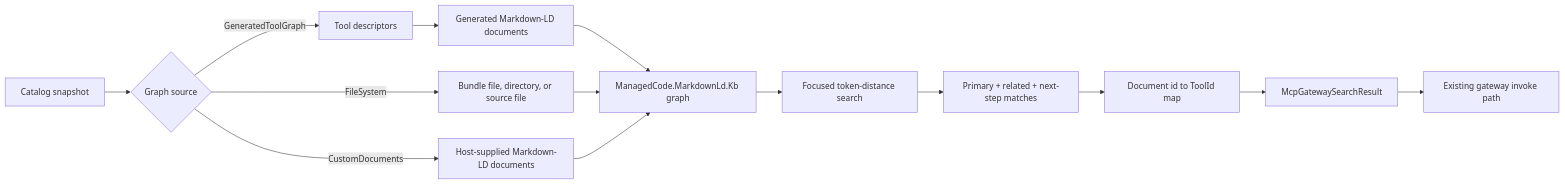
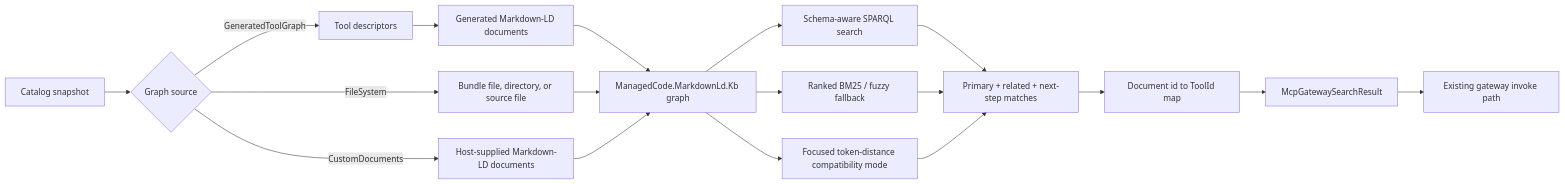
The diagram in docs/ADR/ADR-0005-markdown-ld-graph-search-for-tool-retrieval.md (managedcode/MCPGateway), drawn with Mermaid before and after one commit. The commit also changed other lines of this file and 66 other files, not shown here.

Commit message:
Optimize schema-aware graph search

````diff
--- a/docs/ADR/ADR-0005-markdown-ld-graph-search-for-tool-retrieval.md
+++ b/docs/ADR/ADR-0005-markdown-ld-graph-search-for-tool-retrieval.md
@@ -46,16 +48,20 @@
 ```mermaid
 flowchart LR
     Catalog["Catalog snapshot"] --> SourceChoice{"Graph source"}
     SourceChoice -->|GeneratedToolGraph| Descriptor["Tool descriptors"]
     Descriptor --> Markdown["Generated Markdown-LD documents"]
     SourceChoice -->|FileSystem| FileDocs["Bundle file, directory, or source file"]
     SourceChoice -->|CustomDocuments| CustomDocs["Host-supplied Markdown-LD documents"]
     Markdown --> Graph["ManagedCode.MarkdownLd.Kb graph"]
     FileDocs --> Graph
     CustomDocs --> Graph
-    Graph --> Focused["Focused token-distance search"]
-    Focused --> Expansion["Primary + related + next-step matches"]
+    Graph --> Schema["Schema-aware SPARQL search"]
+    Graph --> Ranked["Ranked BM25 / fuzzy fallback"]
+    Graph --> Focused["Focused token-distance compatibility mode"]
+    Schema --> Expansion["Primary + related + next-step matches"]
+    Ranked --> Expansion
+    Focused --> Expansion
     Expansion --> MatchMap["Document id to ToolId map"]
     MatchMap --> Result["McpGatewaySearchResult"]
     Result --> Invoke["Existing gateway invoke path"]
 ```
````
